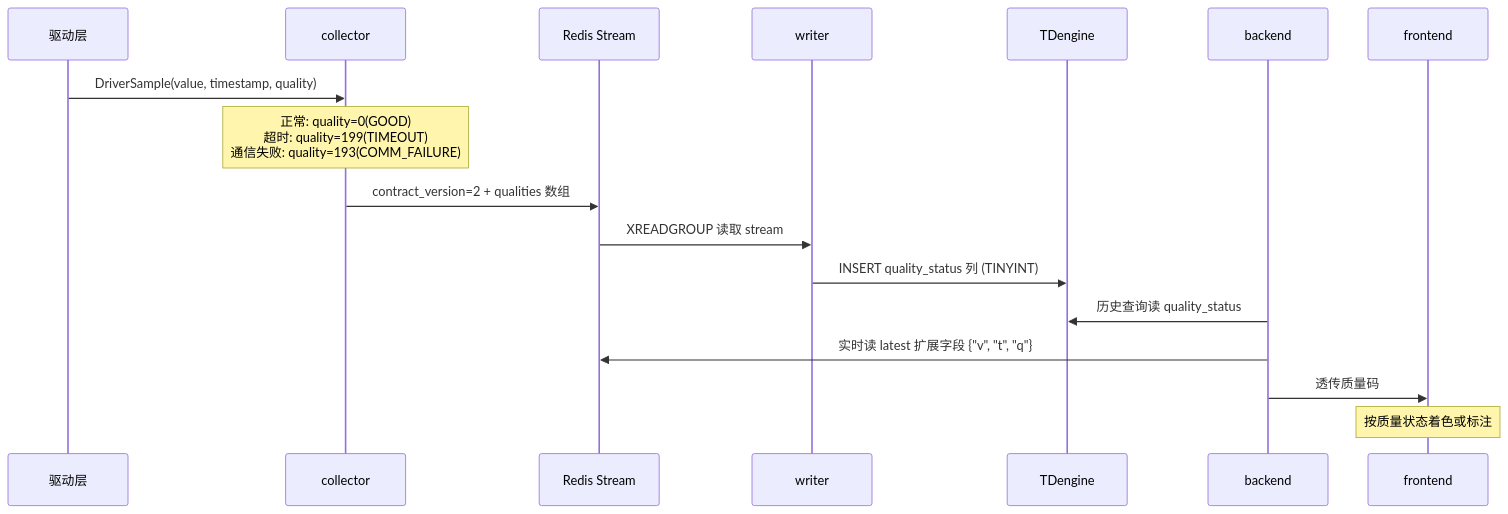
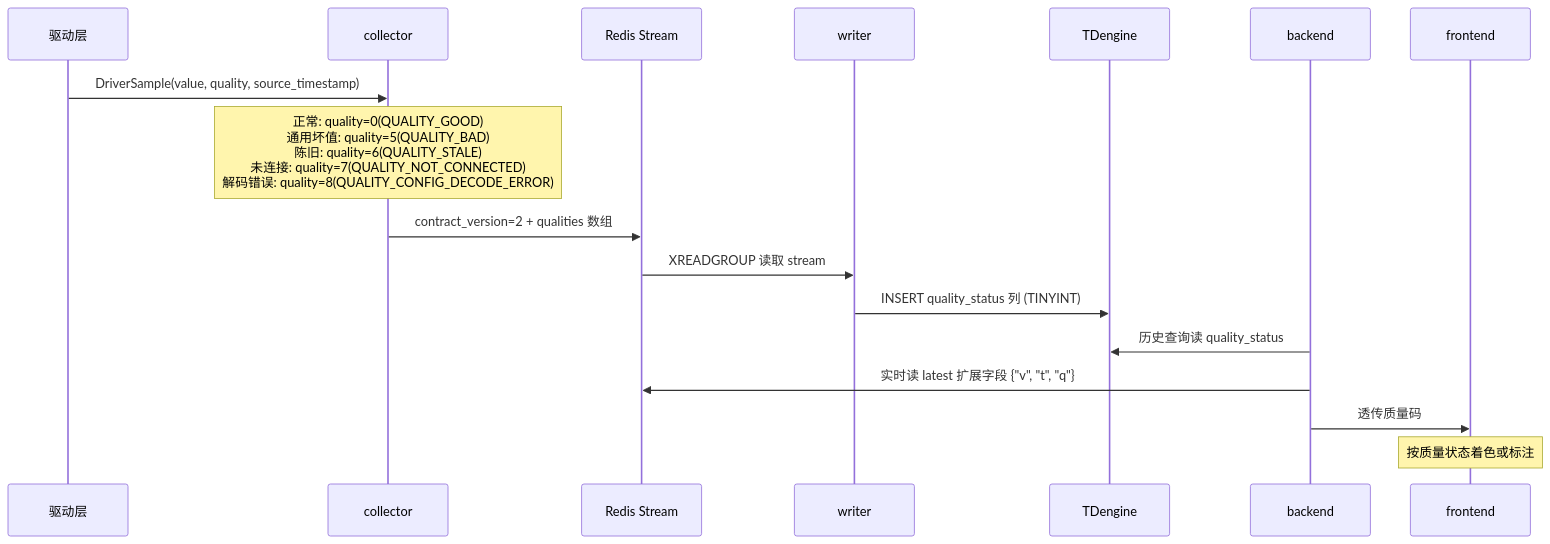
The fourth of 4 diagrams in docs/01-总体设计/系统架构总览.md (Hry1729/data_watch), drawn with Mermaid before and after one commit. The commit also changed other lines of this file and 1 other file, not shown here.

````diff
--- a/docs/01-总体设计/系统架构总览.md
+++ b/docs/01-总体设计/系统架构总览.md
@@ -201,20 +201,20 @@
 ```mermaid
 sequenceDiagram
     participant DRV as 驱动层
     participant COL as collector
     participant RDS as Redis Stream
     participant WR as writer
     participant TD as TDengine
     participant BE as backend
     participant FE as frontend
 
-    DRV->>COL: DriverSample(value, timestamp, quality)
-    Note over COL: 正常: quality=0(GOOD)<br/>超时: quality=199(TIMEOUT)<br/>通信失败: quality=193(COMM_FAILURE)
+    DRV->>COL: DriverSample(value, quality, source_timestamp)
+    Note over COL: 正常: quality=0(QUALITY_GOOD)<br/>通用坏值: quality=5(QUALITY_BAD)<br/>陈旧: quality=6(QUALITY_STALE)<br/>未连接: quality=7(QUALITY_NOT_CONNECTED)<br/>解码错误: quality=8(QUALITY_CONFIG_DECODE_ERROR)
     COL->>RDS: contract_version=2 + qualities 数组
     RDS->>WR: XREADGROUP 读取 stream
     WR->>TD: INSERT quality_status 列 (TINYINT)
     BE->>TD: 历史查询读 quality_status
     BE->>RDS: 实时读 latest 扩展字段 {"v", "t", "q"}
     BE->>FE: 透传质量码
     Note over FE: 按质量状态着色或标注
 ```
````
